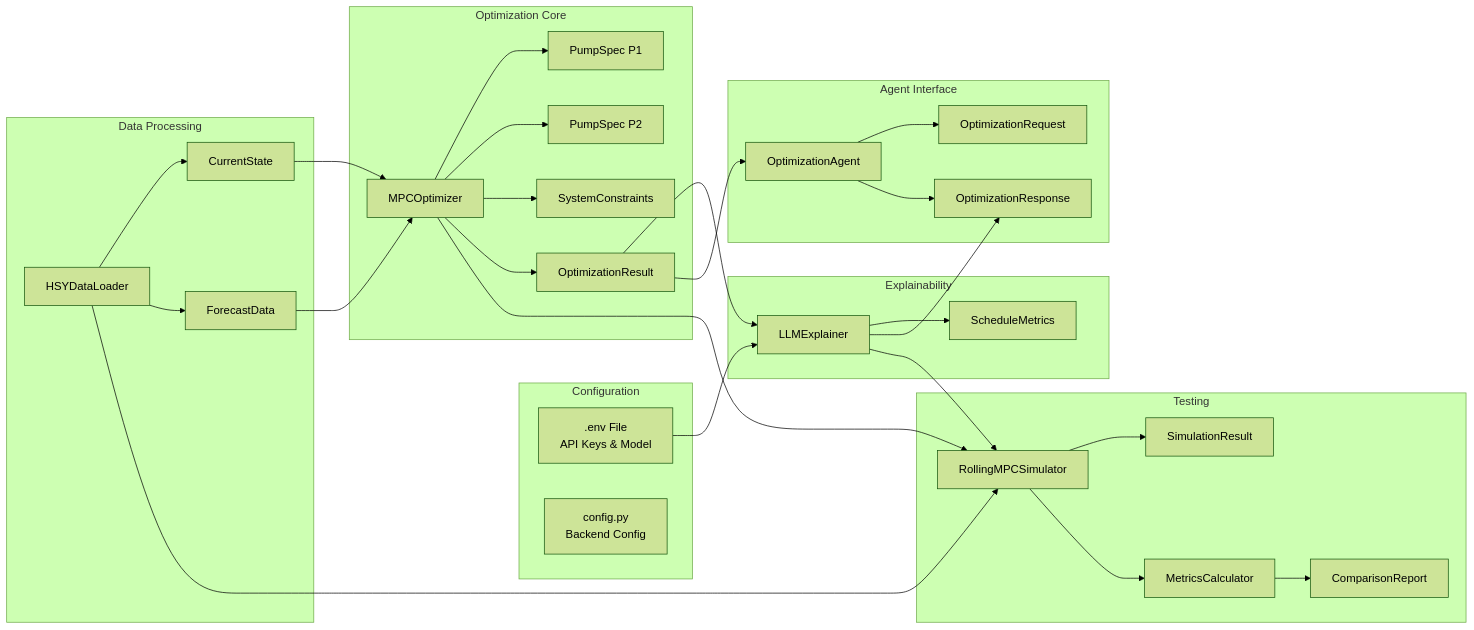
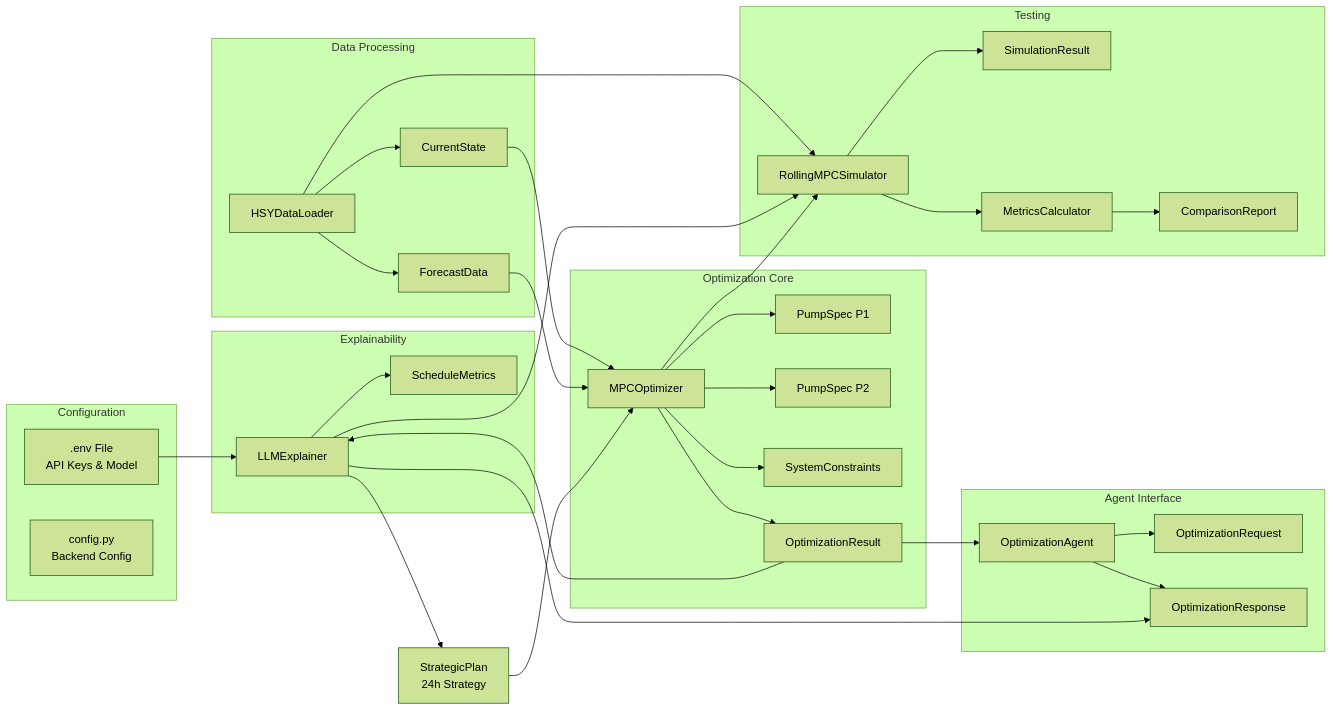
One commit to alexha11/Junction-2025 changed the fourth of 9 diagrams in agents/optimizer_agent/ARCHITECTURE.md. Above: the diagram before and after it, drawn with Mermaid (forest theme). The commit also changed other lines of this file and 7 other files, not shown here.

````diff
--- a/agents/optimizer_agent/ARCHITECTURE.md
+++ b/agents/optimizer_agent/ARCHITECTURE.md
@@ -147,62 +172,64 @@
 ```mermaid
 graph LR
     subgraph "Configuration"
         ENV[.env File<br/>API Keys & Model]
         CONFIG[config.py<br/>Backend Config]
     end
 
     subgraph "Data Processing"
         LOADER[HSYDataLoader]
         STATE[CurrentState]
         FORECAST[ForecastData]
         LOADER --> STATE
         LOADER --> FORECAST
     end
 
     subgraph "Optimization Core"
         OPT[MPCOptimizer]
         PUMP1[PumpSpec P1]
         PUMP2[PumpSpec P2]
         CONST[SystemConstraints]
         RESULT[OptimizationResult]
         OPT --> PUMP1
         OPT --> PUMP2
         OPT --> CONST
         OPT --> RESULT
     end
 
     subgraph "Explainability"
         EXPLAINER[LLMExplainer]
         METRICS[ScheduleMetrics]
         EXPLAINER --> METRICS
         ENV --> EXPLAINER
     end
 
     subgraph "Agent Interface"
         AGENT[OptimizationAgent]
         REQUEST[OptimizationRequest]
         RESPONSE[OptimizationResponse]
         AGENT --> REQUEST
         AGENT --> RESPONSE
     end
 
     subgraph "Testing"
         SIM[RollingMPCSimulator]
         SIMRESULT[SimulationResult]
         SIM --> SIMRESULT
         CALC[MetricsCalculator]
         REPORT[ComparisonReport]
         CALC --> REPORT
     end
 
     STATE --> OPT
     FORECAST --> OPT
+    EXPLAINER --> STRATPLAN[StrategicPlan<br/>24h Strategy]
+    STRATPLAN --> OPT
     RESULT --> EXPLAINER
     RESULT --> AGENT
     EXPLAINER --> RESPONSE
     
     LOADER --> SIM
     OPT --> SIM
     EXPLAINER --> SIM
     SIM --> CALC
 ```
````
